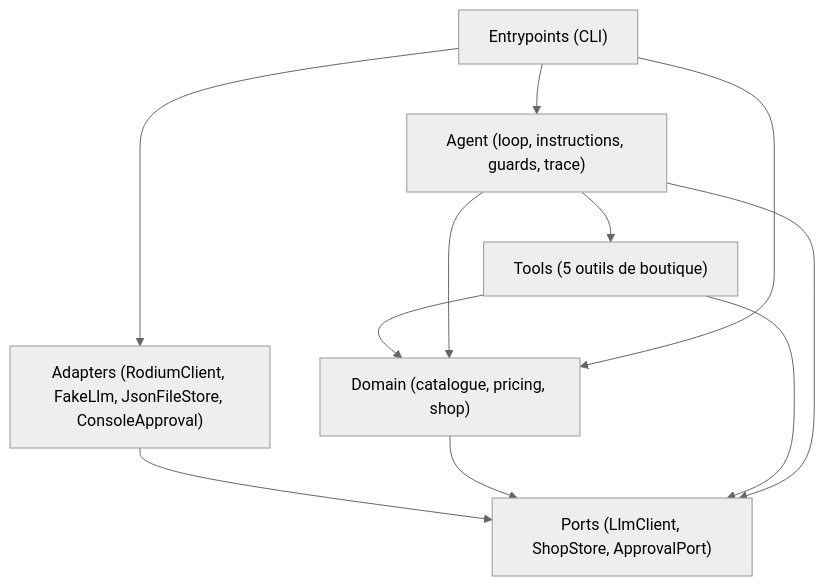
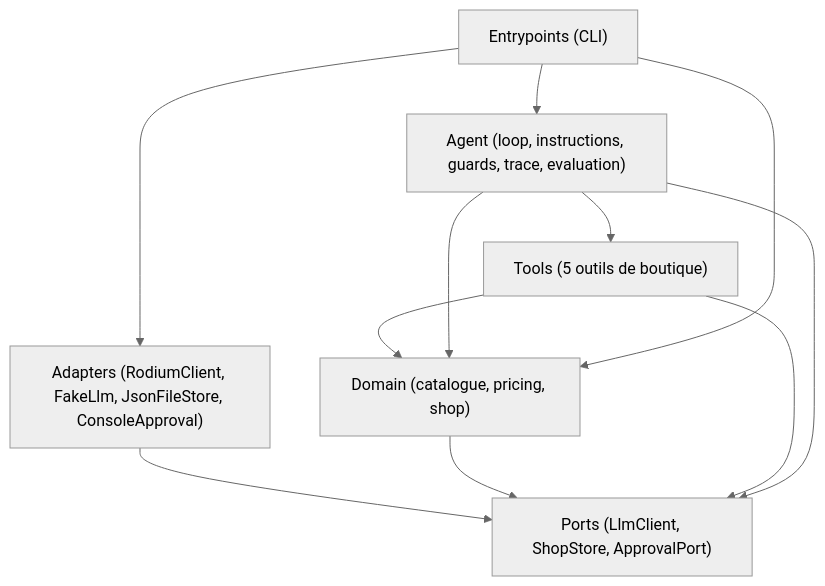
One commit to Gafclerck/boutique-agent changed the first of 2 diagrams in README.md. Above: the diagram before and after it, drawn with Mermaid (neutral theme). The commit also changed other lines of this file, not shown here.

Commit message:
docs(agent): documenter la boucle de critique et ses bornes

````diff
--- a/README.md
+++ b/README.md
@@ -31,20 +31,20 @@
 ```mermaid
 graph TD
   Domain["Domain (catalogue, pricing, shop)"]
   Ports["Ports (LlmClient, ShopStore, ApprovalPort)"]
   Adapters["Adapters (RodiumClient, FakeLlm, JsonFileStore, ConsoleApproval)"]
   Tools["Tools (5 outils de boutique)"]
-  Agent["Agent (loop, instructions, guards, trace)"]
+  Agent["Agent (loop, instructions, guards, trace, evaluation)"]
   Entrypoints["Entrypoints (CLI)"]
 
   Adapters --> Ports
   Domain --> Ports
   Tools --> Domain
   Tools --> Ports
   Agent --> Domain
   Agent --> Ports
   Agent --> Tools
   Entrypoints --> Agent
   Entrypoints --> Adapters
   Entrypoints --> Domain
 ```
````
